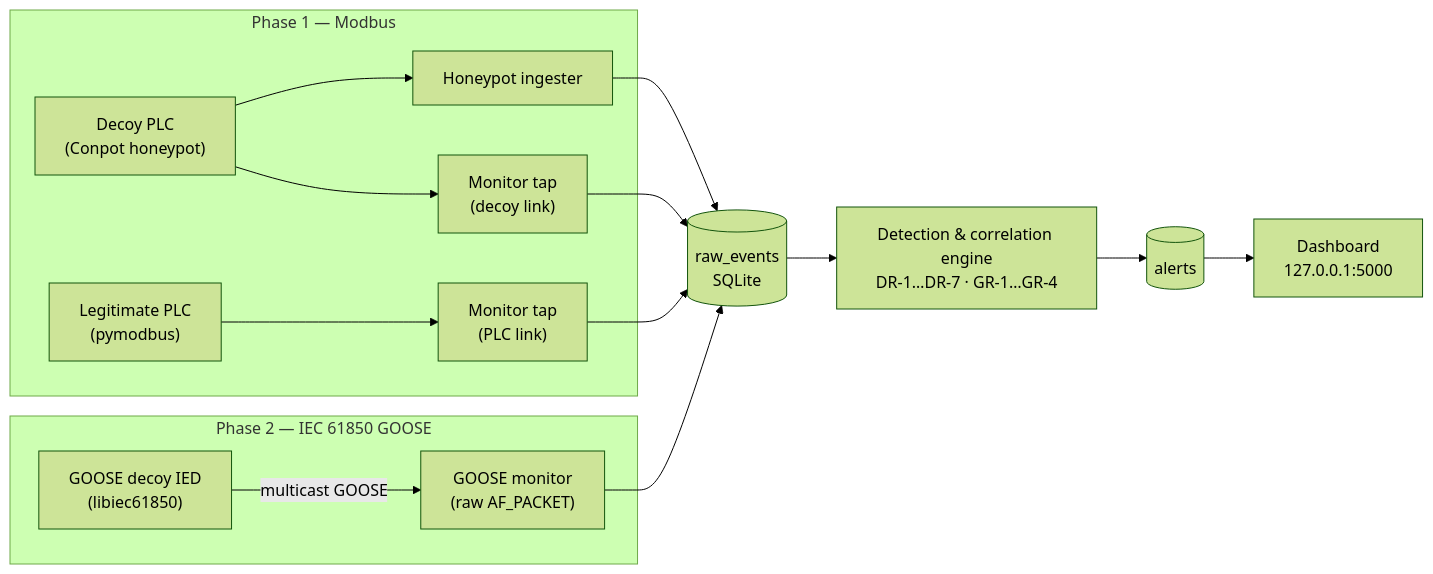
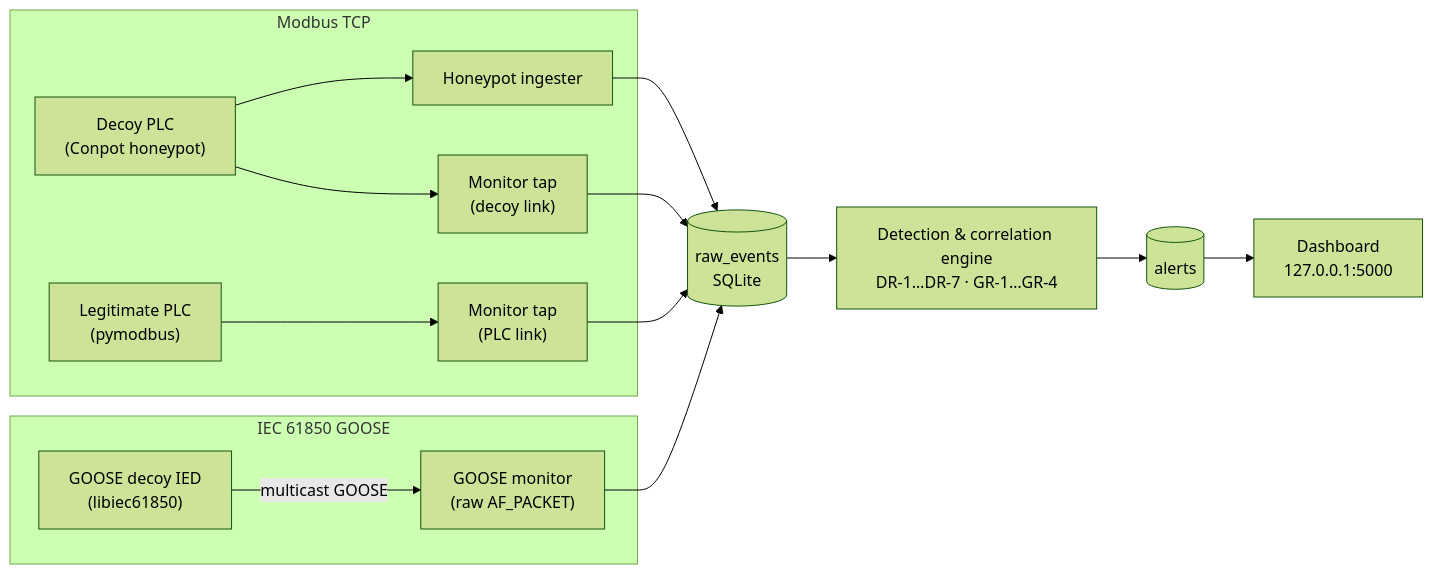
Before and after one commit to Naveenbtnk/GridSnare: the first of 2 diagrams in README.md, drawn with Mermaid (forest theme). The commit also changed other lines of this file and 2 other files, not shown here.

````diff
--- a/README.md
+++ b/README.md
@@ -94,28 +90,28 @@
 ```mermaid
 graph LR
-    subgraph Phase1["Phase 1 — Modbus"]
+    subgraph ModbusSide["Modbus TCP"]
         DecoyPLC["Decoy PLC<br/>(Conpot honeypot)"]
         RealPLC["Legitimate PLC<br/>(pymodbus)"]
         MonDecoy["Monitor tap<br/>(decoy link)"]
         MonPLC["Monitor tap<br/>(PLC link)"]
         Ingest["Honeypot ingester"]
         DecoyPLC --> Ingest
         DecoyPLC --> MonDecoy
         RealPLC --> MonPLC
     end
 
-    subgraph Phase2["Phase 2 — IEC 61850 GOOSE"]
+    subgraph GooseSide["IEC 61850 GOOSE"]
         GooseIED["GOOSE decoy IED<br/>(libiec61850)"]
         GooseMon["GOOSE monitor<br/>(raw AF_PACKET)"]
         GooseIED -- "multicast GOOSE" --> GooseMon
     end
 
     Ingest --> Store[("raw_events<br/>SQLite")]
     MonDecoy --> Store
     MonPLC --> Store
     GooseMon --> Store
 
     Store --> Engine["Detection & correlation engine<br/>DR-1…DR-7 · GR-1…GR-4"]
     Engine --> Alerts[("alerts")]
     Alerts --> Dashboard["Dashboard<br/>127.0.0.1:5000"]
 ```
````
